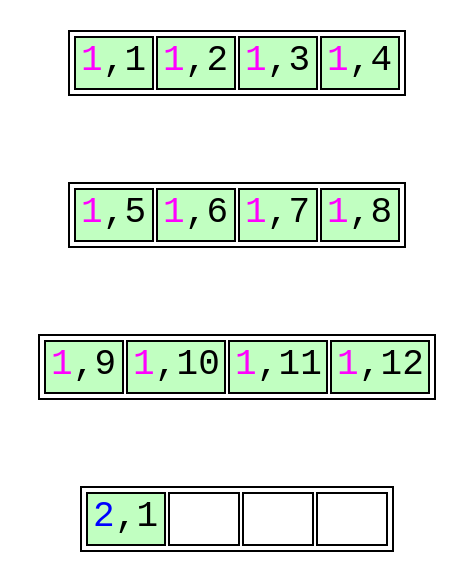
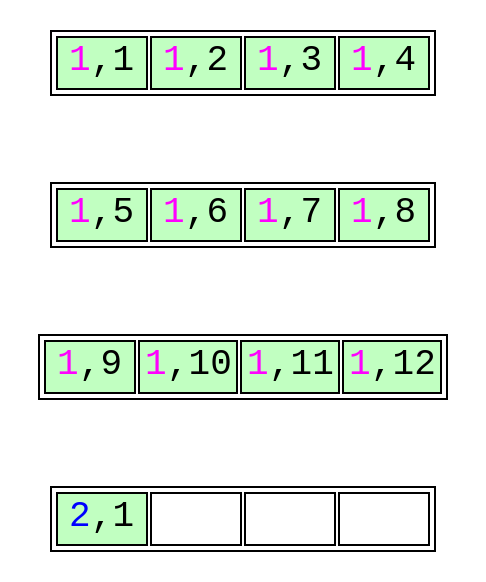
Before and after one commit to petergeoghegan/pg_query_internals: the diagram in optimized-leaf-page-split-3.dot, drawn with Graphviz. The commit also changed 6 other files, not shown here.

```diff
--- a/optimized-leaf-page-split-3.dot
+++ b/optimized-leaf-page-split-3.dot
@@ -1,64 +1,64 @@
 // Example B-Tree graph
 //
 // Breadth-first order
 //
 // Start from root, go left to right
 //
 // Workflow:
 //
 // $ dot -T svg btree.dot -o btree.svg;
 
 digraph nbtree {
 graph [fontname = "monospace"];
 node [shape = none,height=.1,fontname = "monospace",fontsize=18];
 // Level 0 (leaf level)
-leafnode_2[ label=<<table width="140">
+leafnode_2[ label=<<table width="180">
                     <tr>
-                        <td bgcolor='darkseagreen1' port="t2" width="35"><font color="magenta">1</font>,1</td>
-                        <td bgcolor='darkseagreen1' port="t3" width="35"><font color="magenta">1</font>,2</td>
-                        <td bgcolor='darkseagreen1' port="t4" width="35"><font color="magenta">1</font>,3</td>
-                        <td bgcolor='darkseagreen1' port="t4" width="35"><font color="magenta">1</font>,4</td>
+                        <td bgcolor='darkseagreen1' port="t2" width="45"><font color="magenta">1</font>,1</td>
+                        <td bgcolor='darkseagreen1' port="t3" width="45"><font color="magenta">1</font>,2</td>
+                        <td bgcolor='darkseagreen1' port="t4" width="45"><font color="magenta">1</font>,3</td>
+                        <td bgcolor='darkseagreen1' port="t4" width="45"><font color="magenta">1</font>,4</td>
                     </tr>
                 </table>
                >
         ];
 edge[style=invis];
 "leafnode_2" -> "leafnode_3"
-leafnode_3[ label=<<table width="140">
+leafnode_3[ label=<<table width="180">
                     <tr>
-                        <td bgcolor='darkseagreen1' port="t4" width="35"><font color="magenta">1</font>,5</td>
-                        <td bgcolor='darkseagreen1' port="t4" width="35"><font color="magenta">1</font>,6</td>
-                        <td bgcolor='darkseagreen1' port="t4" width="35"><font color="magenta">1</font>,7</td>
-                        <td bgcolor='darkseagreen1' port="t4" width="35"><font color="magenta">1</font>,8</td>
+                        <td bgcolor='darkseagreen1' port="t4" width="45"><font color="magenta">1</font>,5</td>
+                        <td bgcolor='darkseagreen1' port="t4" width="45"><font color="magenta">1</font>,6</td>
+                        <td bgcolor='darkseagreen1' port="t4" width="45"><font color="magenta">1</font>,7</td>
+                        <td bgcolor='darkseagreen1' port="t4" width="45"><font color="magenta">1</font>,8</td>
                     </tr>
                 </table>
                >
         ];
 edge[style=invis];
 "leafnode_3" -> "leafnode_4"
-leafnode_4[ label=<<table width="140">
+leafnode_4[ label=<<table width="180">
                     <tr>
-                        <td bgcolor='darkseagreen1' port="t4" width="35"><font color="magenta">1</font>,9</td>
-                        <td bgcolor='darkseagreen1' port="t4" width="35"><font color="magenta">1</font>,10</td>
-                        <td bgcolor='darkseagreen1' port="t4" width="35"><font color="magenta">1</font>,11</td>
-                        <td bgcolor='darkseagreen1' port="t4" width="35"><font color="magenta">1</font>,12</td>
+                        <td bgcolor='darkseagreen1' port="t4" width="45"><font color="magenta">1</font>,9</td>
+                        <td bgcolor='darkseagreen1' port="t4" width="45"><font color="magenta">1</font>,10</td>
+                        <td bgcolor='darkseagreen1' port="t4" width="45"><font color="magenta">1</font>,11</td>
+                        <td bgcolor='darkseagreen1' port="t4" width="45"><font color="magenta">1</font>,12</td>
                     </tr>
                 </table>
                >
         ];
 edge[style=invis];
 "leafnode_4" -> "leafnode_5"
-leafnode_5[ label=<<table width="140">
+leafnode_5[ label=<<table width="180">
                     <tr>
-                        <td bgcolor='darkseagreen1' port="t4" width="35"><font color="blue">2</font>,1</td>
-                        <td bgcolor='white' port="t3" width="35"></td>
-                        <td bgcolor='white' port="t3" width="35"></td>
-                        <td bgcolor='white' port="t3" width="35"></td>
+                        <td bgcolor='darkseagreen1' port="t4" width="45"><font color="blue">2</font>,1</td>
+                        <td bgcolor='white' port="t3" width="45"></td>
+                        <td bgcolor='white' port="t3" width="45"></td>
+                        <td bgcolor='white' port="t3" width="45"></td>
                     </tr>
                 </table>
                >
         ];
 //Force alignment from root to internal to leaf levels:
 //edge[style=invis];
 //"rootnode":d1 -> "leafnode_2":t2
 }
```
